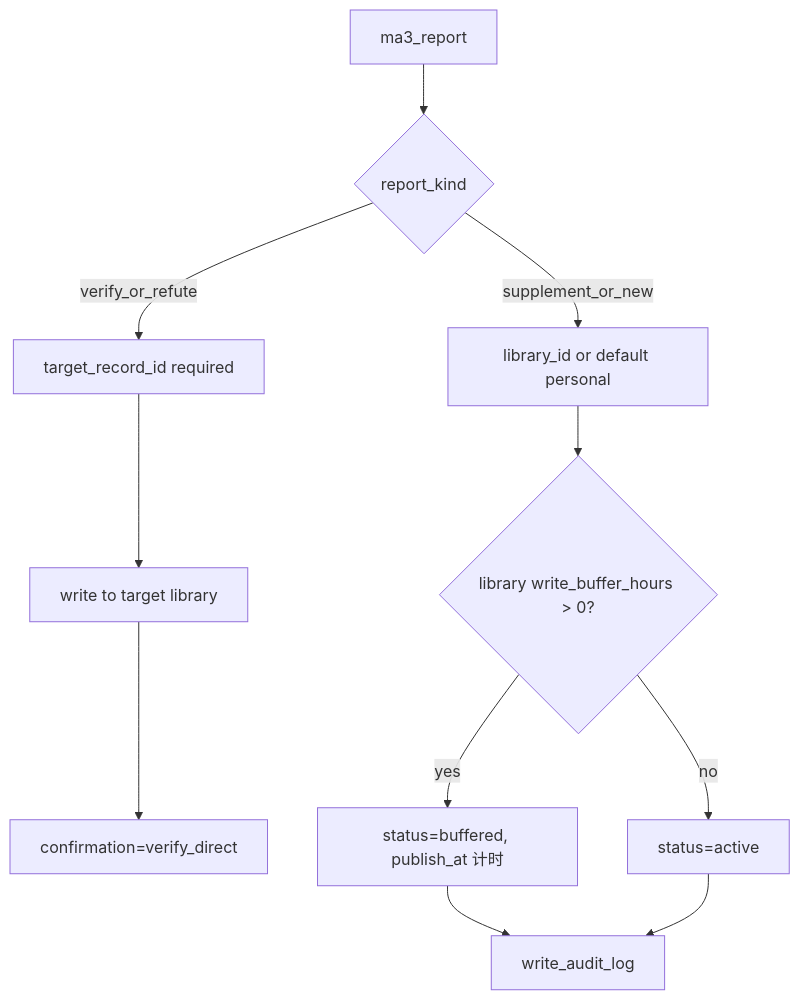
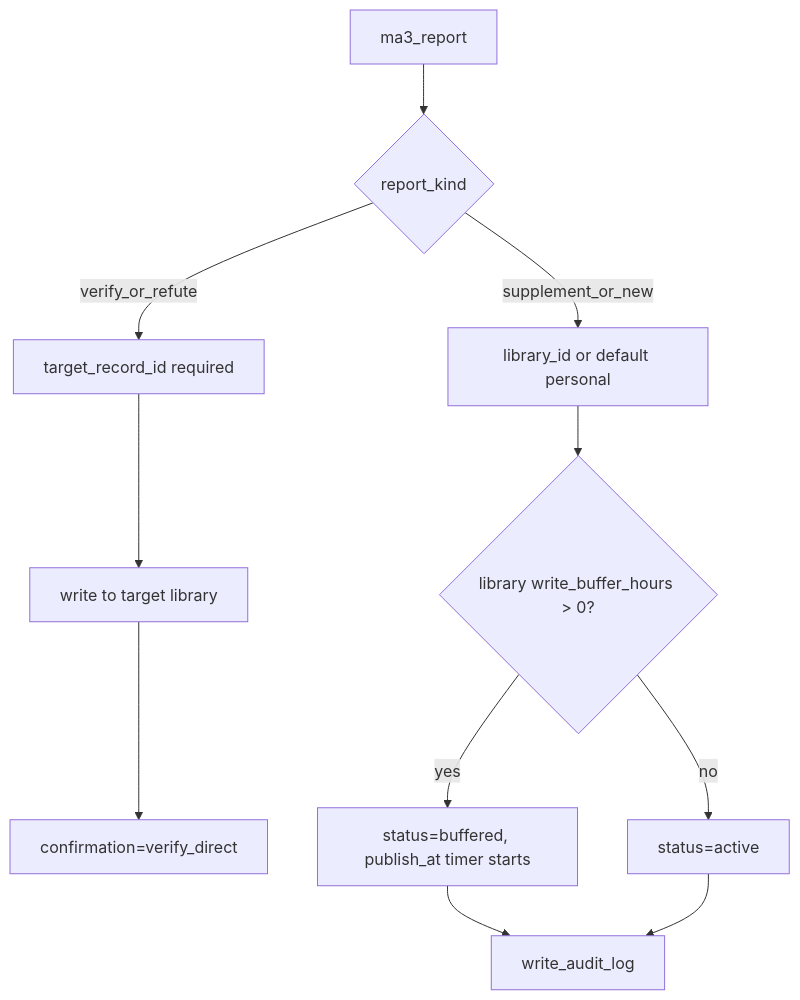
One commit to hjk41/ma3 changed the diagram in docs/03-backend/writes-audit-and-deletion.md. Above: the diagram before and after it, drawn with Mermaid. The commit also changed other lines of this file and 181 other files, not shown here.

````diff
--- a/docs/03-backend/writes-audit-and-deletion.md
+++ b/docs/03-backend/writes-audit-and-deletion.md
@@ -11,13 +13,13 @@
 ```mermaid
 flowchart TD
   Report[ma3_report] --> Kind{report_kind}
   Kind -->|verify_or_refute| Target[target_record_id required]
   Target --> TargetLib[write to target library]
   TargetLib --> AuditV[confirmation=verify_direct]
   Kind -->|supplement_or_new| PickLib[library_id or default personal]
   PickLib --> Buffer{library write_buffer_hours > 0?}
-  Buffer -->|yes| Buffered[status=buffered, publish_at 计时]
+  Buffer -->|yes| Buffered[status=buffered, publish_at timer starts]
   Buffer -->|no| Active[status=active]
   Buffered --> AuditW[write_audit_log]
   Active --> AuditW
 ```
````
